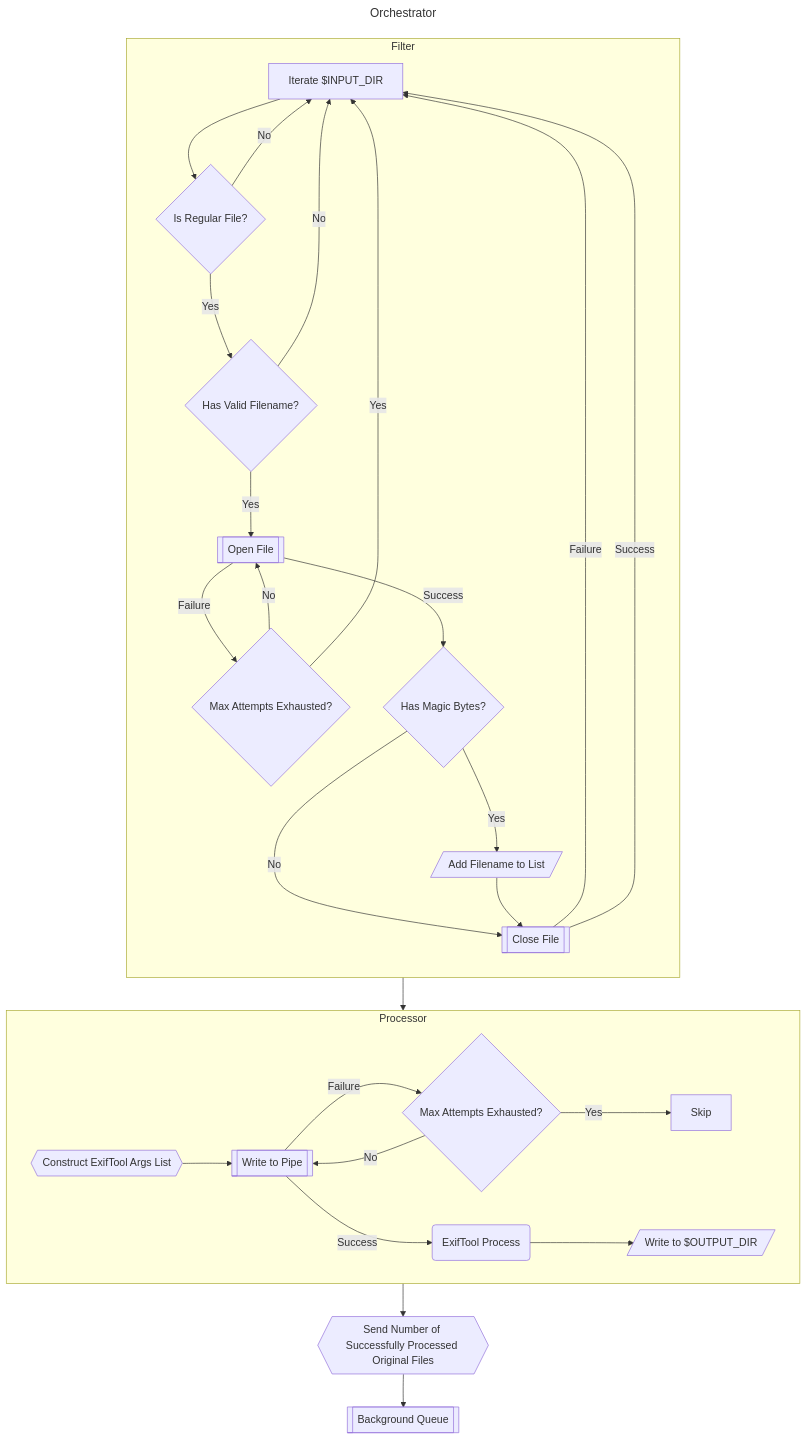
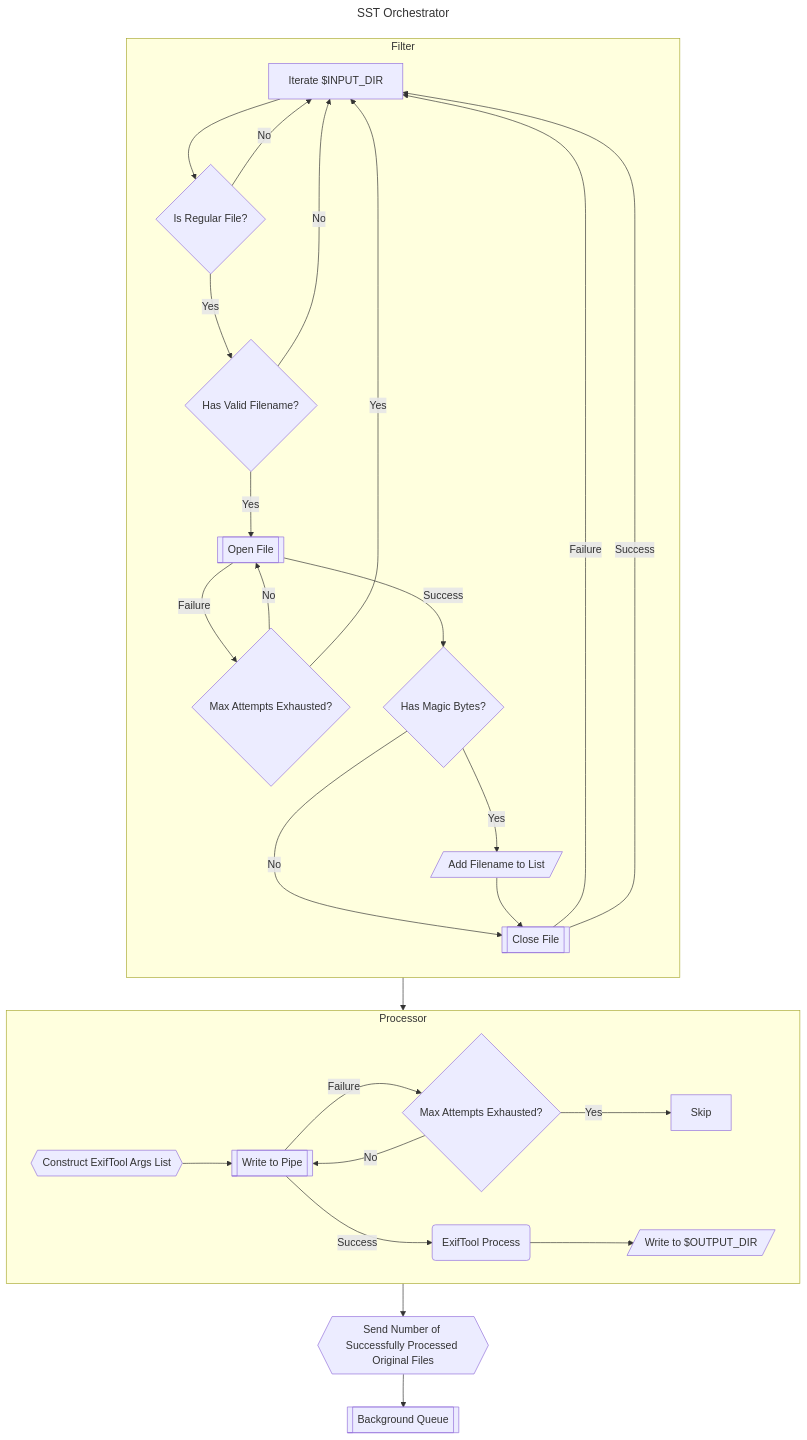
Before and after one commit to CharlesMC11/sst: the diagram in Documentation/flowchart_orchestrator.mmd, drawn with Mermaid. The commit also changed 2 other files, not shown here.

```diff
--- a/Documentation/flowchart_orchestrator.mmd
+++ b/Documentation/flowchart_orchestrator.mmd
@@ -1,35 +1,35 @@
 ---
-title: Orchestrator
+title: SST Orchestrator
 ---
 flowchart
   subgraph Filter
     direction TB
     Loop[Iterate $INPUT_DIR] --> File{Is Regular File?}
     File --> |No| Loop
     File --> |Yes| Filename{Has Valid Filename?}
     Filename --> |No| Loop
     Filename --> |Yes| Open[[Open File]]
     Open --> |Failure| Max1{Max Attempts Exhausted?}
     Max1 --> |No| Open
     Max1 --> |Yes| Loop
     Open --> |Success| Magic{Has Magic Bytes?}
     Magic --> |No| Close[[Close File]]
     Close --> |Failure| Loop
     Close --> |Success| Loop
     Magic --> |Yes| Add[/Add Filename to List/]
     Add --> Close[[Close File]]
   end
 
   Filter --> Processor
 
   subgraph Processor
     Args{{Construct ExifTool Args List}} --> Pipe[[Write to Pipe]]
     Pipe --> |Failure| Pipe?{Max Attempts Exhausted?}
     Pipe? --> |No| Pipe
     Pipe? --> |Yes| Skip
     Pipe --> |Success| ExifTool(ExifTool Process)
     ExifTool --> Write[/Write to $OUTPUT_DIR/]
   end
 
   Processor --> Success{{Send Number of Successfully Processed Original Files}}
   Success --> Async[[Background Queue]]
```
